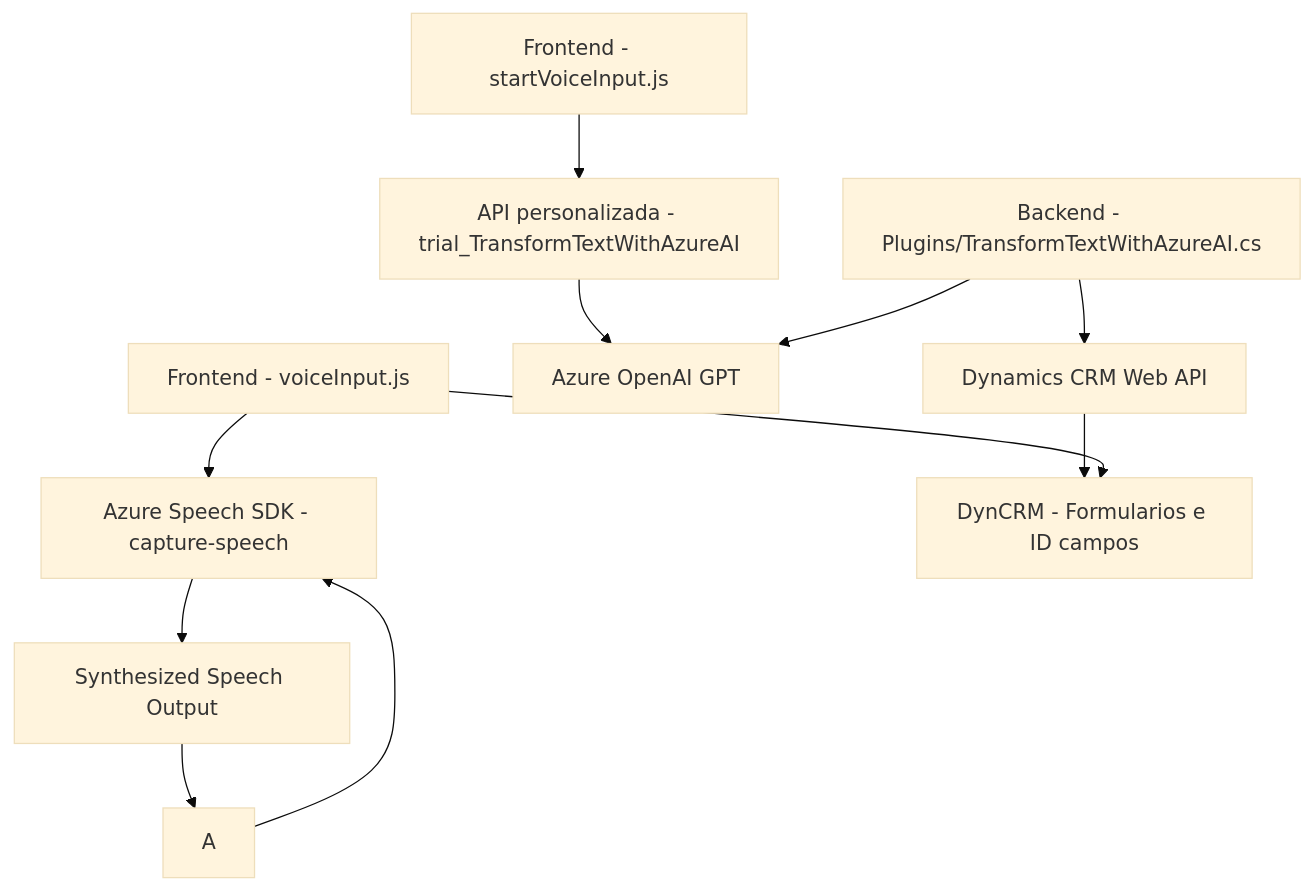
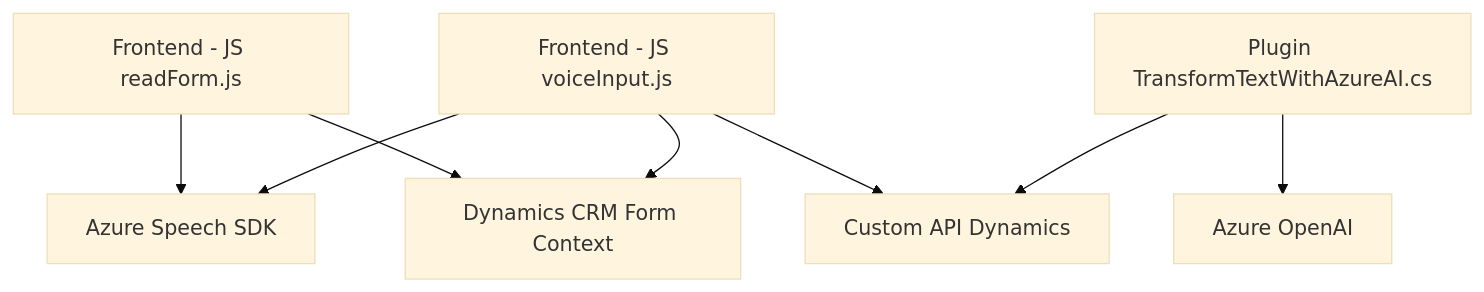
The diagram in README.md (blopezdm/NETCORE_BILBAO2025), drawn with Mermaid (base theme) before and after one commit. The commit also changed other lines of this file, not shown here.

````diff
--- a/README.md
+++ b/README.md
@@ -33,19 +48,10 @@
 ```mermaid
 graph TD
-    A1["Frontend - voiceInput.js"]
-    A2["Frontend - startVoiceInput.js"]
-    A3["Backend - Plugins/TransformTextWithAzureAI.cs"]
-
-    A1-->B1["Azure Speech SDK - capture-speech"]
-    A2-->B2["API personalizada - trial_TransformTextWithAzureAI"]
-    B2-->C1["Azure OpenAI GPT"]
-    A3-->C1
-    A3-->C2["Dynamics CRM Web API"]
-    
-    B1-->B3["Synthesized Speech Output"]
-    C2-->D1["DynCRM - Formularios e ID campos"]
-
-    A1-->D1
-    B3-->A
-    A-->B1    
+    A["Frontend - JS readForm.js"] --> B["Azure Speech SDK"]
+    A --> C["Dynamics CRM Form Context"]
+    D["Frontend - JS voiceInput.js"] --> B
+    D --> E["Custom API Dynamics"]
+    D --> C
+    F["Plugin TransformTextWithAzureAI.cs"] --> G["Azure OpenAI"]
+    F --> E
 ```
````
